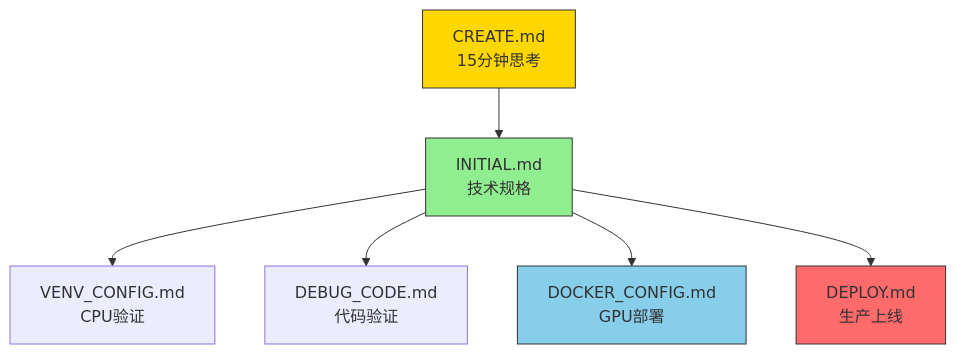
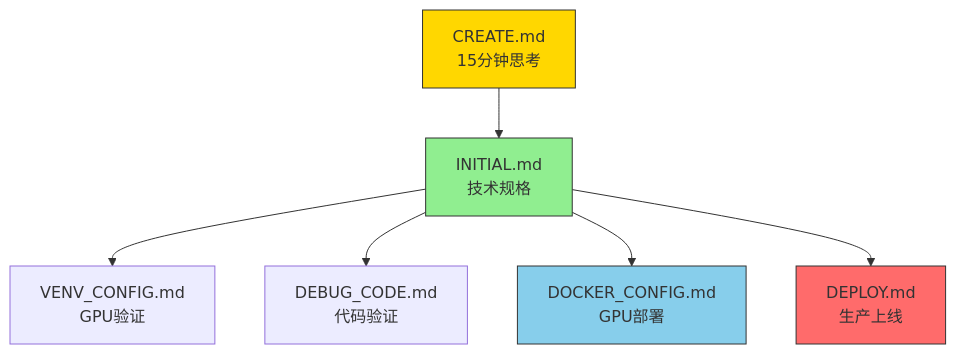
One commit to ouyangshixiong/context-engineering-zh changed the first of 2 diagrams in INITIAL.md. Above: the diagram before and after it, drawn with Mermaid. The commit also changed other lines of this file and 10 other files, not shown here.

````diff
--- a/INITIAL.md
+++ b/INITIAL.md
@@ -22,13 +22,13 @@
 ```mermaid
 graph TD
     CREATE[CREATE.md<br/>15分钟思考] --> INITIAL[INITIAL.md<br/>技术规格]
-    INITIAL --> VENV[VENV_CONFIG.md<br/>CPU验证]
+    INITIAL --> VENV[VENV_CONFIG.md<br/>GPU验证]
     INITIAL --> DEBUG[DEBUG_CODE.md<br/>代码验证]
     INITIAL --> DOCKER[DOCKER_CONFIG.md<br/>GPU部署]
     INITIAL --> DEPLOY[DEPLOY.md<br/>生产上线]
     
     style CREATE fill:#FFD700,stroke:#333
     style INITIAL fill:#90EE90,stroke:#333
     style DOCKER fill:#87CEEB,stroke:#333
     style DEPLOY fill:#FF6B6B,stroke:#333
 ```
````
